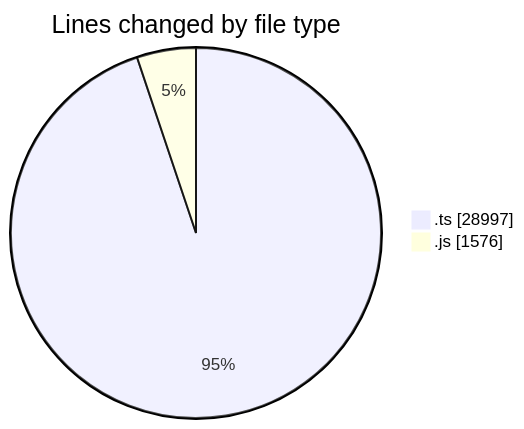
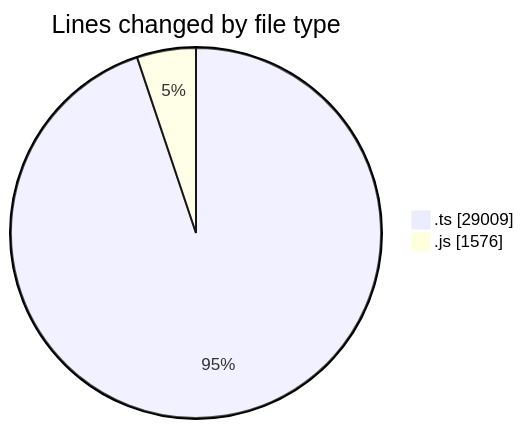
One commit to momahboobian/code-tracking changed the first of 2 diagrams in 2025-06-26/cda/README.md. Above: the diagram before and after it, drawn with Mermaid. The commit also changed other lines of this file and 1 other file, not shown here.

````diff
--- a/2025-06-26/cda/README.md
+++ b/2025-06-26/cda/README.md
@@ -30,6 +30,6 @@
 ```mermaid
 pie showData
 title Lines changed by file type
-".ts" : 28997
+".ts" : 29009
 ".js" : 1576
 ```
````
